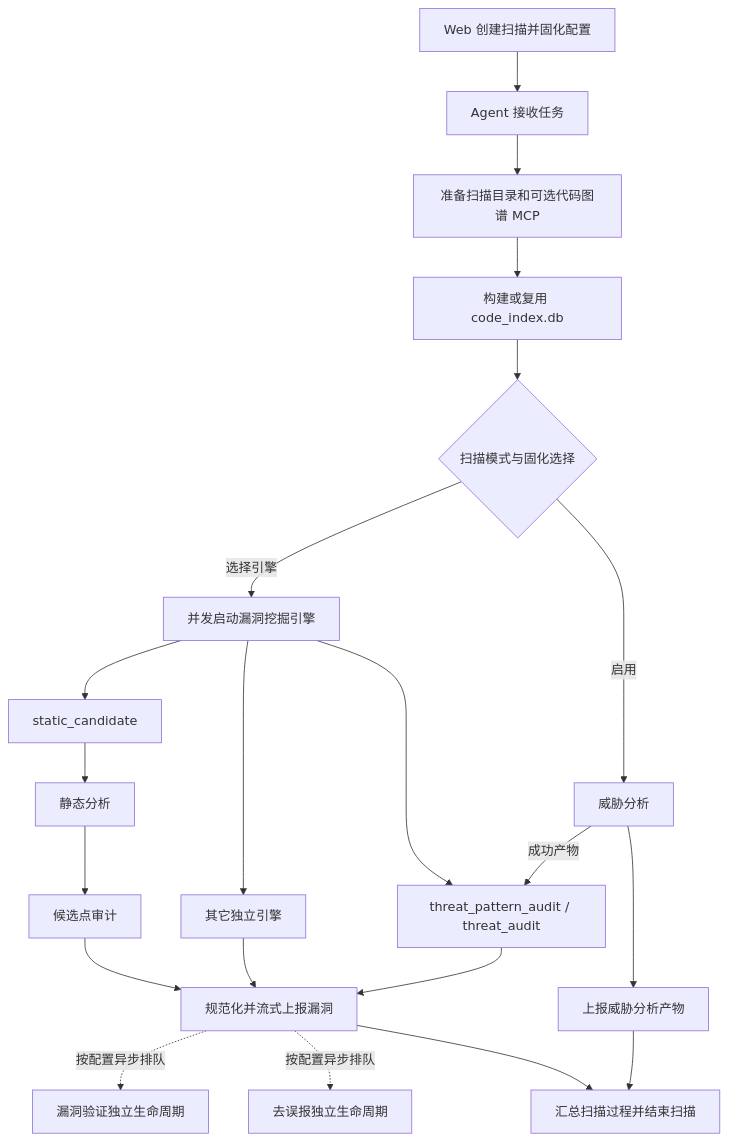
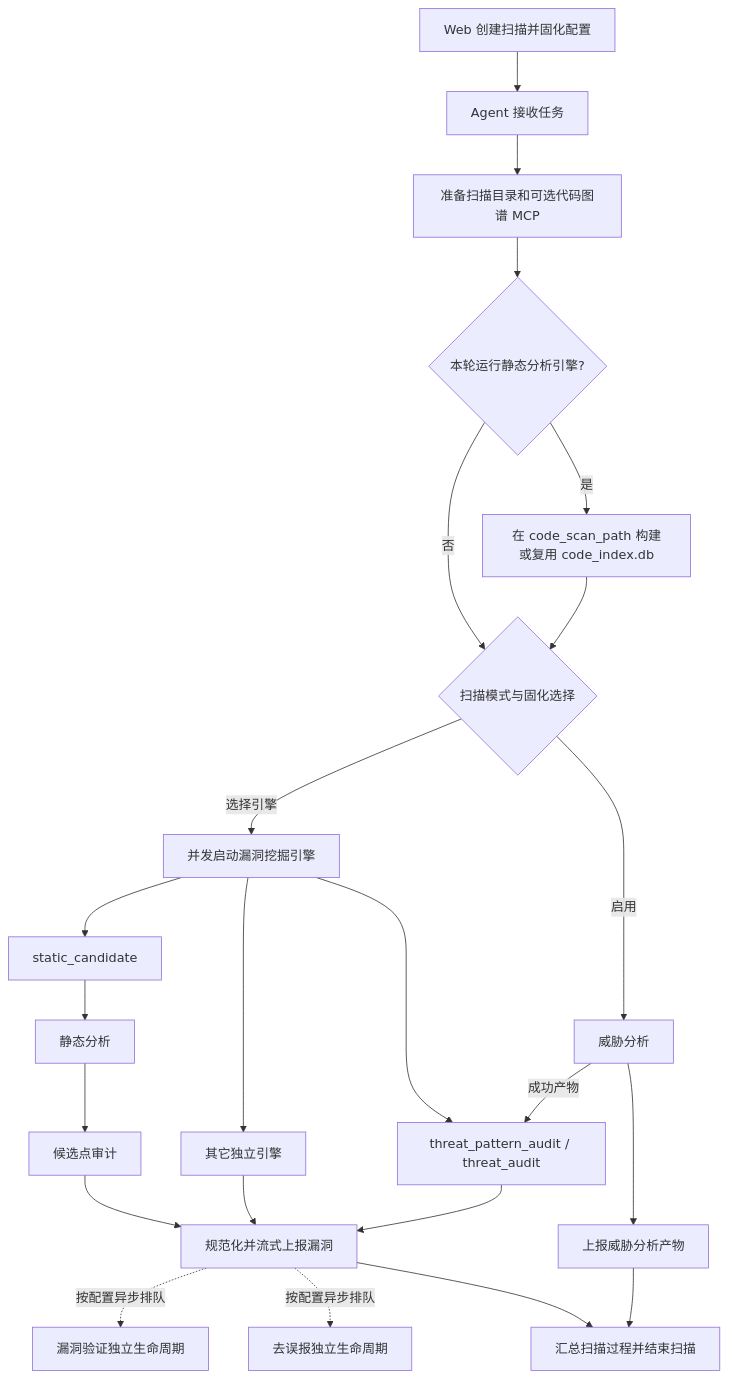
The diagram in docs/framework_development.md (rainyutang/OpenDeepHole), drawn with Mermaid before and after one commit. The commit also changed other lines of this file and 21 other files, not shown here.

Commit message:
fix: scope code index to static scan path

````diff
--- a/docs/framework_development.md
+++ b/docs/framework_development.md
@@ -38,29 +38,31 @@
 ```mermaid
 flowchart TD
     A[Web 创建扫描并固化配置] --> B[Agent 接收任务]
     B --> C[准备扫描目录和可选代码图谱 MCP]
-    C --> D[构建或复用 code_index.db]
-    D --> E{扫描模式与固化选择}
+    C --> D{本轮运行静态分析引擎?}
+    D -->|是| IDX[在 code_scan_path 构建或复用 code_index.db]
+    D -->|否| E{扫描模式与固化选择}
+    IDX --> E
 
     E -->|启用| TA[威胁分析]
     E -->|选择引擎| ME[并发启动漏洞挖掘引擎]
 
     ME --> SC[static_candidate]
     SC --> SA[静态分析]
     SA --> CA[候选点审计]
 
     ME --> EXT[其它独立引擎]
     ME --> TH[threat_pattern_audit / threat_audit]
     TA -->|成功产物| TH
 
     CA --> R[规范化并流式上报漏洞]
     EXT --> R
     TH --> R
 
     R -.按配置异步排队.-> V[漏洞验证独立生命周期]
     R -.按配置异步排队.-> FP[去误报独立生命周期]
     TA --> AR[上报威胁分析产物]
 
     R --> F[汇总扫描过程并结束扫描]
     AR --> F
 ```
````
